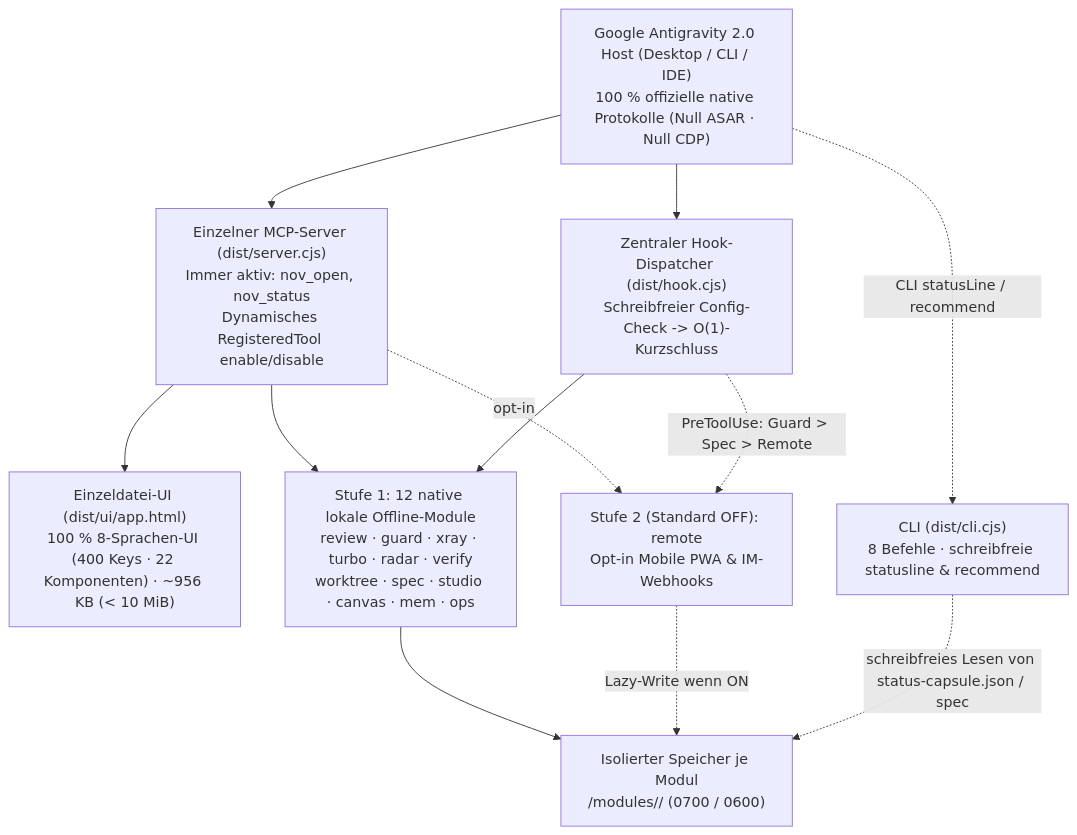
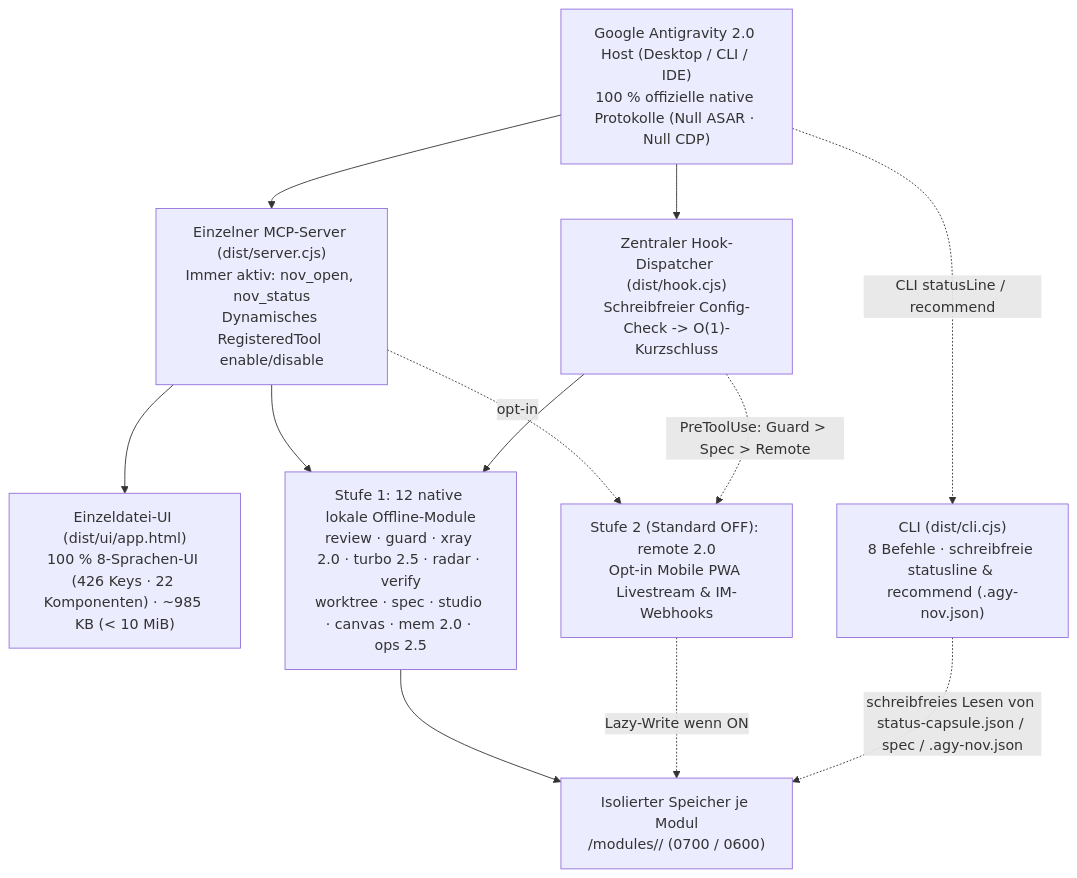
Before and after one commit to tone-leh/agy-NOV: the diagram in docs/i18n/README.de.md, drawn with Mermaid. The commit also changed other lines of this file and 59 other files, not shown here.

Commit message:
feat(v0.6.0): Mem 2.0 progressive disclosure & <private>, Turbo 2.5 gain & 8.8KB guardrail, Remote 2.0 read-only stream, .agy-nov.json team preset & Ops 2.5

````diff
--- a/docs/i18n/README.de.md
+++ b/docs/i18n/README.de.md
@@ -223,23 +226,23 @@
 ```mermaid
 flowchart TB
   Host["Google Antigravity 2.0 Host (Desktop / CLI / IDE)\n100 % offizielle native Protokolle (Null ASAR · Null CDP)"]
   MCP["Einzelner MCP-Server (dist/server.cjs)\nImmer aktiv: nov_open, nov_status\nDynamisches RegisteredTool enable/disable"]
-  UI["Einzeldatei-UI (dist/ui/app.html)\n100 % 8-Sprachen-UI (400 Keys · 22 Komponenten) · ~956 KB (< 10 MiB)"]
+  UI["Einzeldatei-UI (dist/ui/app.html)\n100 % 8-Sprachen-UI (426 Keys · 22 Komponenten) · ~985 KB (< 10 MiB)"]
   Hook["Zentraler Hook-Dispatcher (dist/hook.cjs)\nSchreibfreier Config-Check -> O(1)-Kurzschluss"]
-  CLI["CLI (dist/cli.cjs)\n8 Befehle · schreibfreie statusline & recommend"]
+  CLI["CLI (dist/cli.cjs)\n8 Befehle · schreibfreie statusline & recommend (.agy-nov.json)"]
   Store["Isolierter Speicher je Modul\n<dataDir>/modules/<id>/ (0700 / 0600)"]
-  T1["Stufe 1: 12 native lokale Offline-Module\nreview · guard · xray · turbo · radar · verify\nworktree · spec · studio · canvas · mem · ops"]
-  T2R["Stufe 2 (Standard OFF): remote\nOpt-in Mobile PWA & IM-Webhooks"]
+  T1["Stufe 1: 12 native lokale Offline-Module\nreview · guard · xray 2.0 · turbo 2.5 · radar · verify\nworktree · spec · studio · canvas · mem 2.0 · ops 2.5"]
+  T2R["Stufe 2 (Standard OFF): remote 2.0\nOpt-in Mobile PWA Livestream & IM-Webhooks"]
 
   Host --> MCP
   Host --> Hook
   Host -. "CLI statusLine / recommend" .-> CLI
   MCP --> UI
   MCP --> T1
   MCP -. "opt-in" .-> T2R
   Hook --> T1
   Hook -. "PreToolUse: Guard > Spec > Remote" .-> T2R
   T1 --> Store
   T2R -. "Lazy-Write wenn ON" .-> Store
-  CLI -. "schreibfreies Lesen von status-capsule.json / spec" .-> Store
+  CLI -. "schreibfreies Lesen von status-capsule.json / spec / .agy-nov.json" .-> Store
 ```
````
